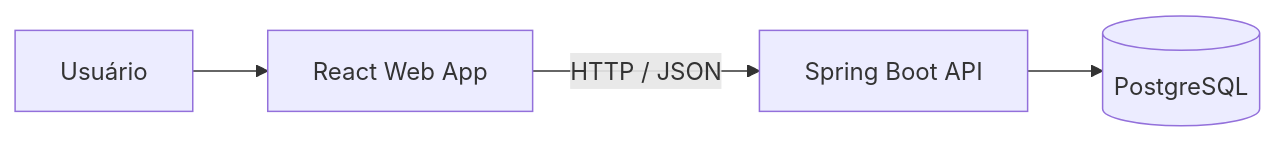
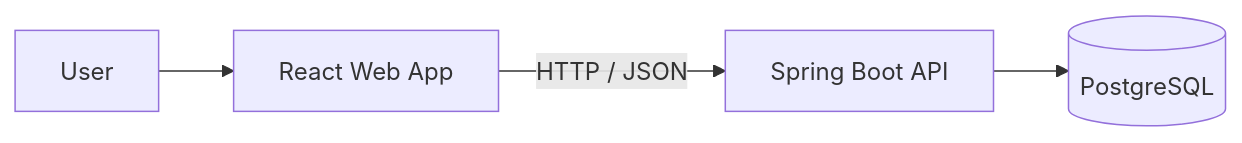
One commit to branquinho91/suit-rental-manager-web changed the diagram in README.md. Above: the diagram before and after it, drawn with Mermaid. The commit also changed other lines of this file, not shown here.

````diff
--- a/README.md
+++ b/README.md
@@ -65,6 +65,6 @@
 ```mermaid
 flowchart LR
-    USER[Usuário] --> WEB[React Web App]
+    USER[User] --> WEB[React Web App]
     WEB -->|HTTP / JSON| API[Spring Boot API]
     API --> DB[(PostgreSQL)]
 ```
````
